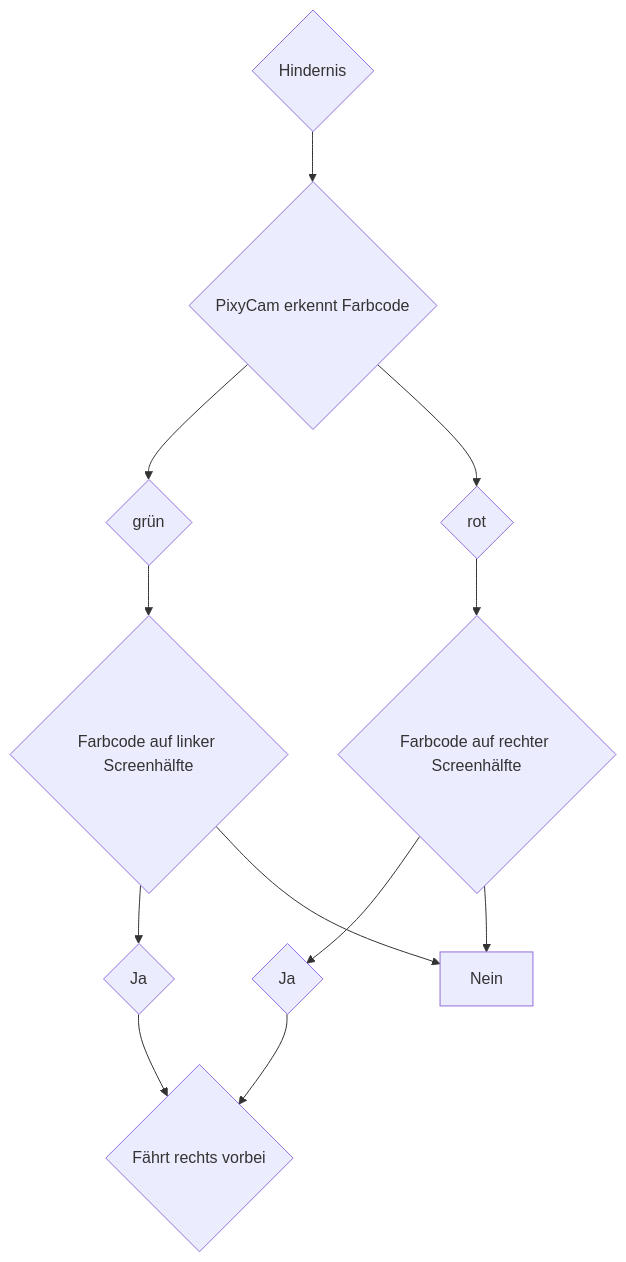
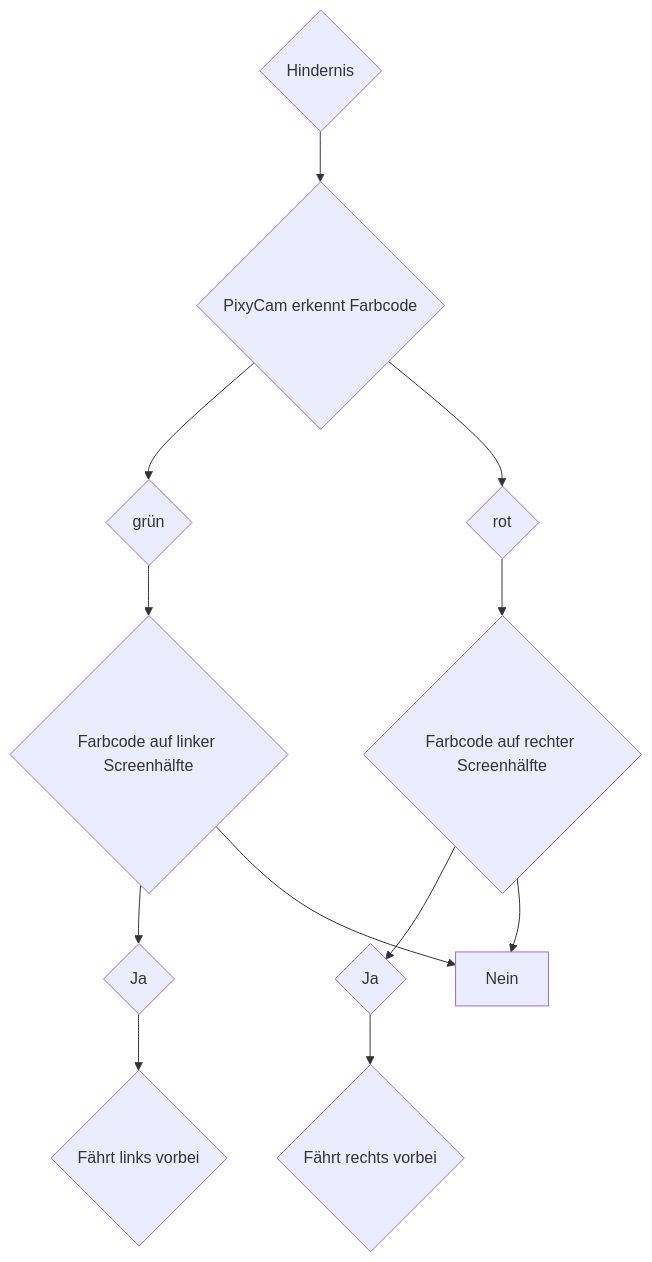
The diagram in Programme/Hindernisrennen/README.md (SchroedingersBit/PfortGTPanama), drawn with Mermaid before and after one commit.

````diff
--- a/Programme/Hindernisrennen/README.md
+++ b/Programme/Hindernisrennen/README.md
@@ -4,11 +4,11 @@
 ```mermaid
 graph TB;
 A{Hindernis} -->B{PixyCam erkennt Farbcode};
 B-->E{grün}-->C1{Farbcode auf linker Screenhälfte};
 B-->C{rot}-->C2{Farbcode auf rechter Screenhälfte};
 C1-->J1{Ja};
 C2-->J2{Ja};
 C2 --> Nein; C1 --> Nein;
 J1-->R{Fährt links vorbei};
-J2-->R{Fährt rechts vorbei};
+J2-->L{Fährt rechts vorbei};
 ```
````
